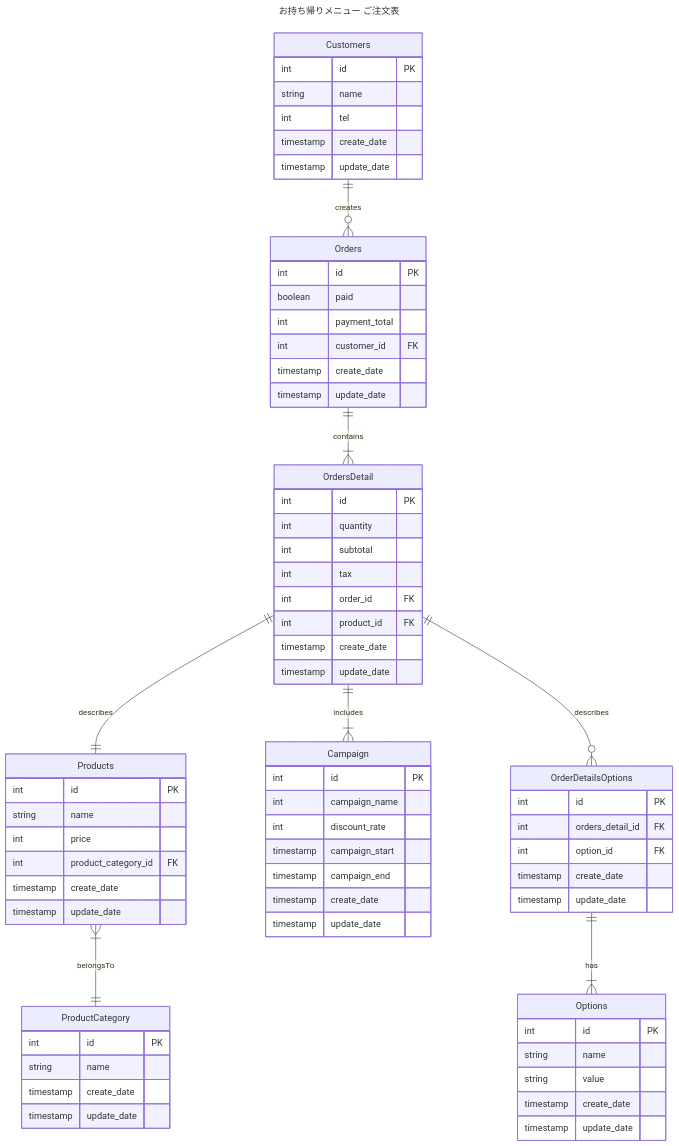
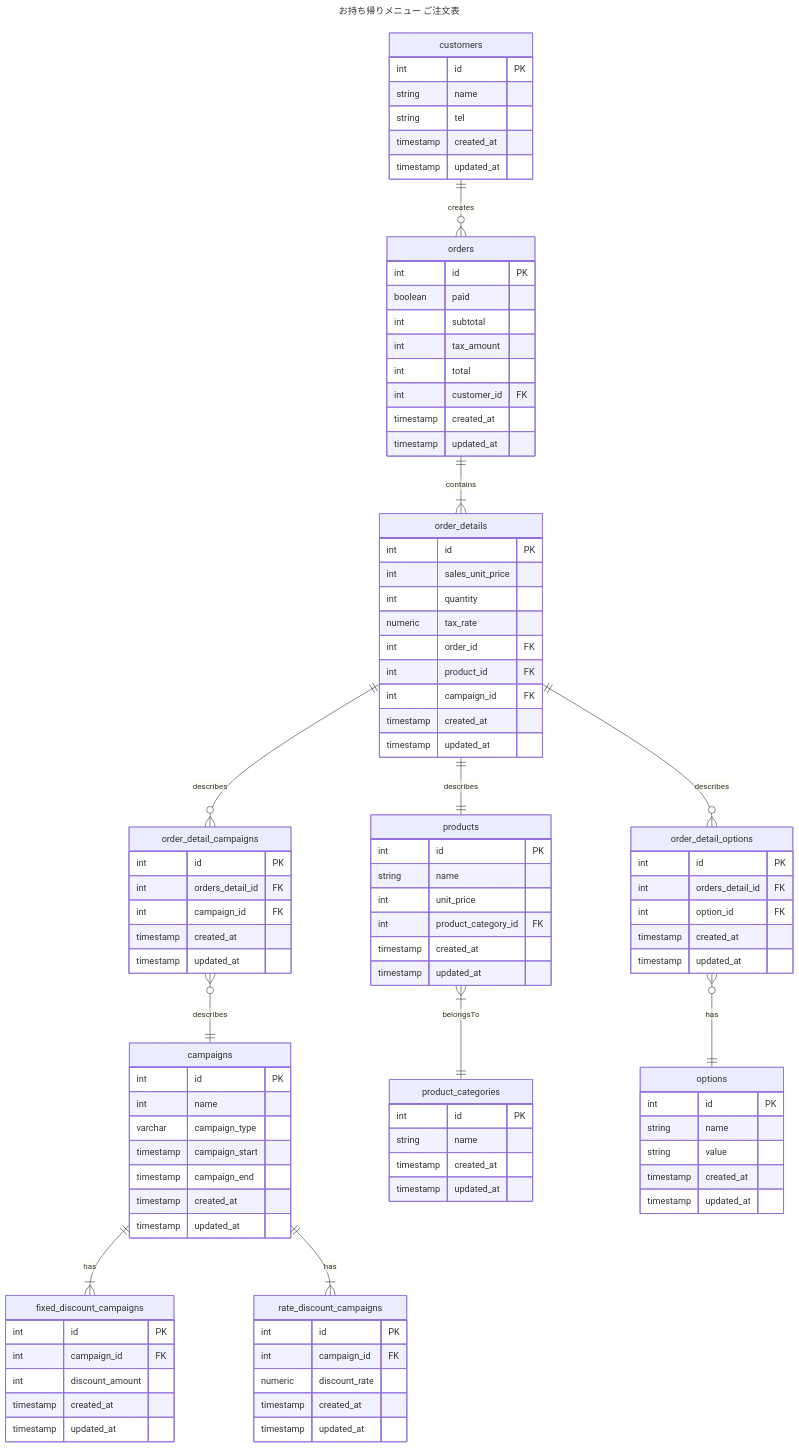
The diagram in db/modeling/1/3-1/3-1.md (ttakuma17/til), drawn with Mermaid before and after one commit. The commit also changed other lines of this file and 2 other files, not shown here.

Commit message:
3-1の課題対応

````diff
--- a/db/modeling/1/3-1/3-1.md
+++ b/db/modeling/1/3-1/3-1.md
@@ -5,73 +6,100 @@
 title: お持ち帰りメニュー ご注文表
 ---
 erDiagram
-    Customers ||--o{ Orders : creates
-    Customers {
+    customers ||--o{ orders: creates
+    customers {
         int id PK
         string name
-        int tel
-        timestamp create_date
-        timestamp update_date
+        string tel
+        timestamp created_at
+        timestamp updated_at
     }
-    Orders ||--|{ OrdersDetail : contains
-    Orders { 
+    orders ||--|{ order_details: contains
+    orders {
         int id PK
         boolean paid
-        int payment_total
+        int subtotal
+        int tax_amount
+        int total
         int customer_id FK
-        timestamp create_date
-        timestamp update_date
+        timestamp created_at
+        timestamp updated_at
     }
-    OrdersDetail ||--|| Products : describes
-    OrdersDetail {
+    order_details ||--|| products: describes
+    order_details {
         int id PK
+        int sales_unit_price
         int quantity
-        int subtotal
-        int tax
+        numeric tax_rate
         int order_id FK
         int product_id FK
-        timestamp create_date
-        timestamp update_date
+        int campaign_id FK
+        timestamp created_at
+        timestamp updated_at
     }
-    OrdersDetail ||--|{ Campaign : includes
-    Campaign {
+    campaigns {
         int id PK
-        int campaign_name
-        int discount_rate
+        int name
+        varchar campaign_type
         timestamp campaign_start
         timestamp campaign_end
-        timestamp create_date
-        timestamp update_date
+        timestamp created_at
+        timestamp updated_at
     }
-    Products {
+    campaigns ||--|{ fixed_discount_campaigns: has
+    fixed_discount_campaigns {
+        int id PK
+        int campaign_id FK
+        int discount_amount
+        timestamp created_at
+        timestamp updated_at
+    }
+    campaigns ||--|{ rate_discount_campaigns: has
+    rate_discount_campaigns {
+        int id PK
+        int campaign_id FK
+        numeric discount_rate
+        timestamp created_at
+        timestamp updated_at
+    }
+    order_detail_campaigns }o--|| campaigns: describes
+    order_detail_campaigns {
+      int id PK
+      int orders_detail_id FK
+      int campaign_id FK
+      timestamp created_at
+      timestamp updated_at
+    }
+    order_details ||--o{ order_detail_campaigns: describes
+    products {
         int id PK
         string name
-        int price
+        int unit_price
         int product_category_id FK
-        timestamp create_date
-        timestamp update_date 
+        timestamp created_at
+        timestamp updated_at
     }
-    Products }|--|| ProductCategory : belongsTo
-    ProductCategory {
+    products }|--|| product_categories: belongsTo
+    product_categories {
         int id PK
         string name
-        timestamp create_date
-        timestamp update_date
+        timestamp created_at
+        timestamp updated_at
     }
-    Options {
+    options {
         int id PK
         string name
         string value
-        timestamp create_date
-        timestamp update_date
+        timestamp created_at
+        timestamp updated_at
     }
-    OrdersDetail ||--o{ OrderDetailsOptions: describes
-    OrderDetailsOptions ||--|{ Options: has
-    OrderDetailsOptions {
+    order_details ||--o{ order_detail_options: describes
+    order_detail_options }o--|| options: has
+    order_detail_options {
         int id PK
         int orders_detail_id FK
         int option_id FK
-        timestamp create_date
-        timestamp update_date
+        timestamp created_at
+        timestamp updated_at
     }
 ```
````
